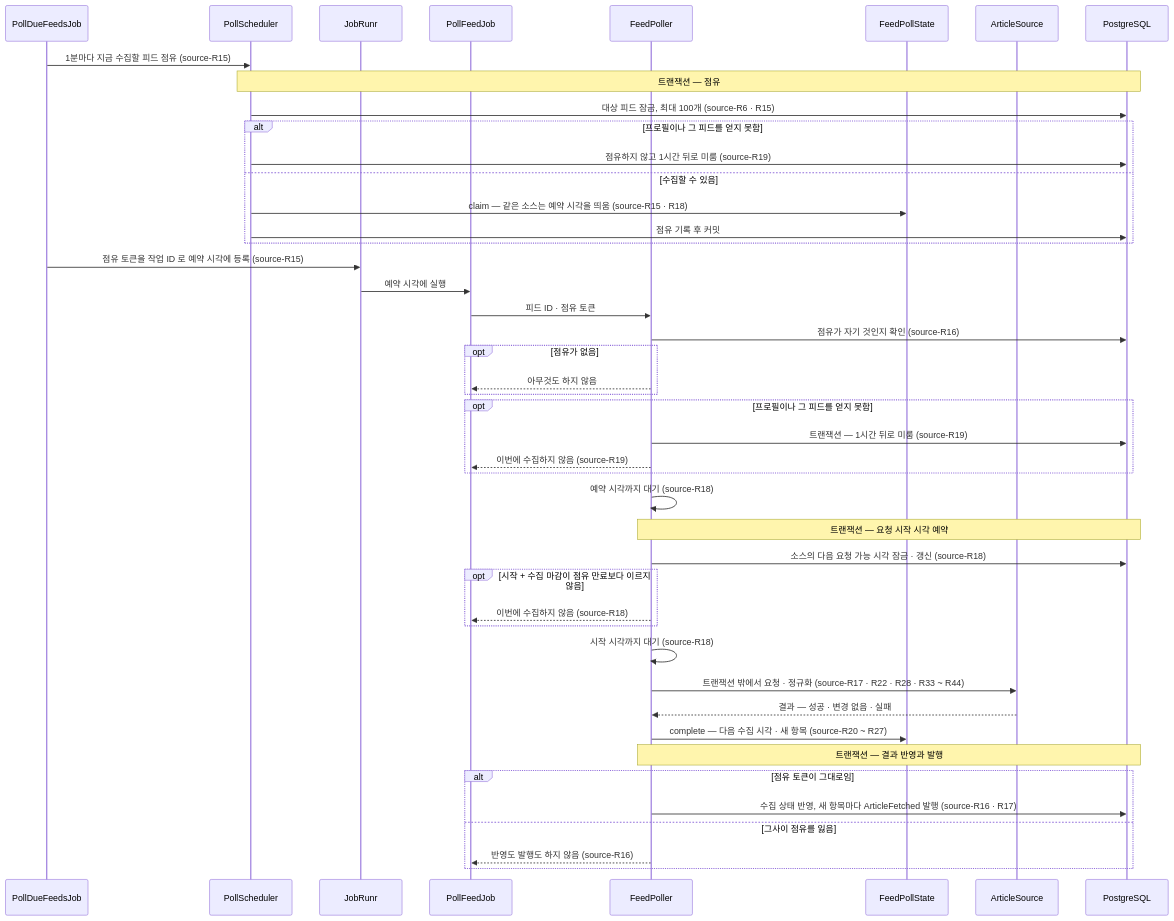
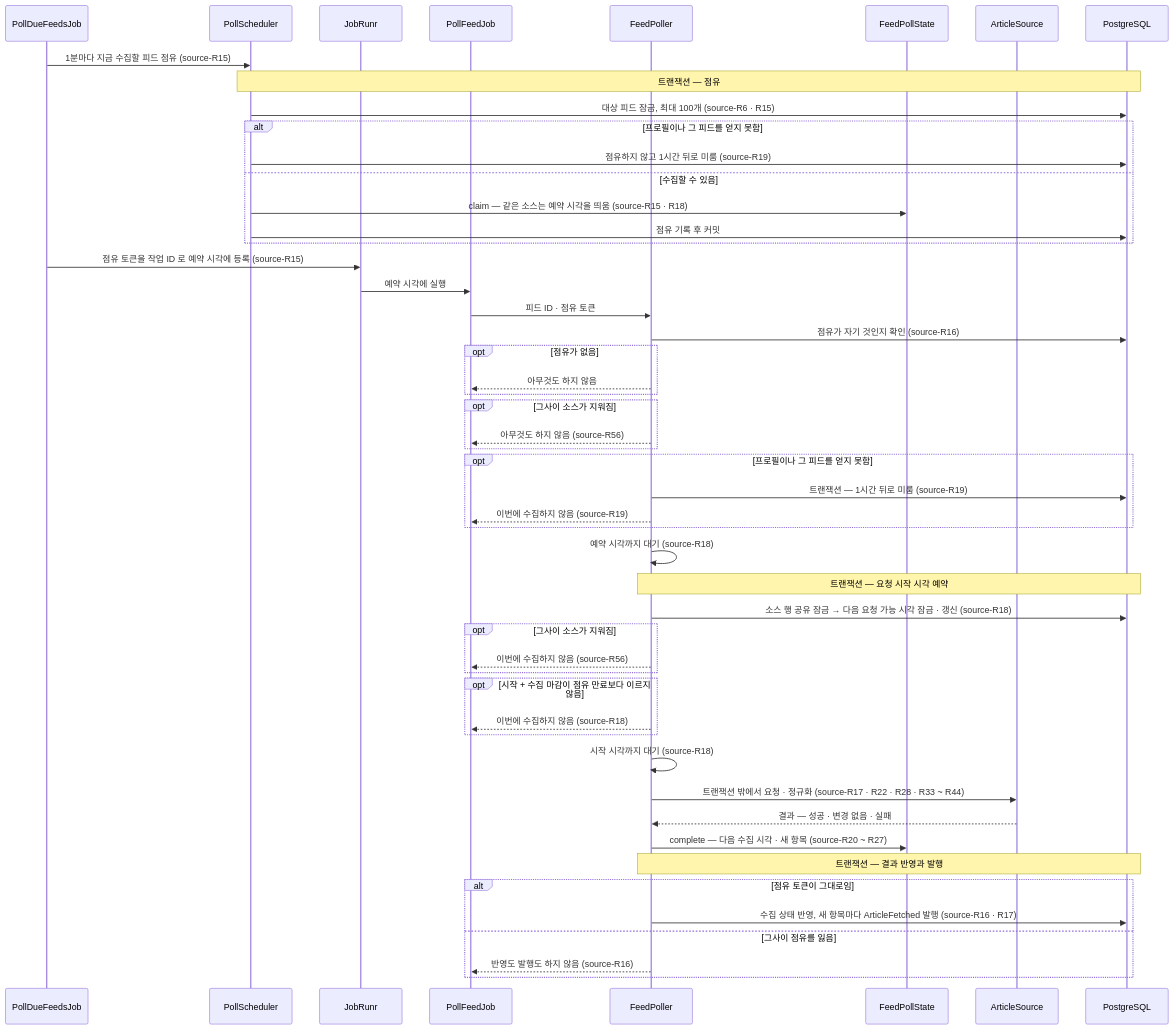
The diagram in docs/specs/source.md (Theia0382/yozm-news), drawn with Mermaid before and after one commit. The commit also changed other lines of this file and 19 other files, not shown here.

````diff
--- a/docs/specs/source.md
+++ b/docs/specs/source.md
@@ -348,48 +406,54 @@
 ```mermaid
 sequenceDiagram
     participant Due as PollDueFeedsJob
     participant Sch as PollScheduler
     participant Jobs as JobRunr
     participant Job as PollFeedJob
     participant Poller as FeedPoller
     participant State as FeedPollState
     participant Src as ArticleSource
     participant DB as PostgreSQL
 
     Due->>Sch: 1분마다 지금 수집할 피드 점유 (source-R15)
     Note over Sch,DB: 트랜잭션 — 점유
     Sch->>DB: 대상 피드 잠금, 최대 100개 (source-R6 · R15)
     alt 프로필이나 그 피드를 얻지 못함
         Sch->>DB: 점유하지 않고 1시간 뒤로 미룸 (source-R19)
     else 수집할 수 있음
         Sch->>State: claim — 같은 소스는 예약 시각을 띄움 (source-R15 · R18)
         Sch->>DB: 점유 기록 후 커밋
     end
     Due->>Jobs: 점유 토큰을 작업 ID 로 예약 시각에 등록 (source-R15)
     Jobs->>Job: 예약 시각에 실행
     Job->>Poller: 피드 ID · 점유 토큰
     Poller->>DB: 점유가 자기 것인지 확인 (source-R16)
     opt 점유가 없음
         Poller-->>Job: 아무것도 하지 않음
     end
+    opt 그사이 소스가 지워짐
+        Poller-->>Job: 아무것도 하지 않음 (source-R56)
+    end
     opt 프로필이나 그 피드를 얻지 못함
         Poller->>DB: 트랜잭션 — 1시간 뒤로 미룸 (source-R19)
         Poller-->>Job: 이번에 수집하지 않음 (source-R19)
     end
     Poller->>Poller: 예약 시각까지 대기 (source-R18)
     Note over Poller,DB: 트랜잭션 — 요청 시작 시각 예약
-    Poller->>DB: 소스의 다음 요청 가능 시각 잠금 · 갱신 (source-R18)
+    Poller->>DB: 소스 행 공유 잠금 → 다음 요청 가능 시각 잠금 · 갱신 (source-R18)
+    opt 그사이 소스가 지워짐
+        Poller-->>Job: 이번에 수집하지 않음 (source-R56)
+    end
     opt 시작 + 수집 마감이 점유 만료보다 이르지 않음
         Poller-->>Job: 이번에 수집하지 않음 (source-R18)
     end
     Poller->>Poller: 시작 시각까지 대기 (source-R18)
     Poller->>Src: 트랜잭션 밖에서 요청 · 정규화 (source-R17 · R22 · R28 · R33 ~ R44)
     Src-->>Poller: 결과 — 성공 · 변경 없음 · 실패
     Poller->>State: complete — 다음 수집 시각 · 새 항목 (source-R20 ~ R27)
     Note over Poller,DB: 트랜잭션 — 결과 반영과 발행
     alt 점유 토큰이 그대로임
         Poller->>DB: 수집 상태 반영, 새 항목마다 ArticleFetched 발행 (source-R16 · R17)
     else 그사이 점유를 잃음
         Poller-->>Job: 반영도 발행도 하지 않음 (source-R16)
     end
 ```
````
